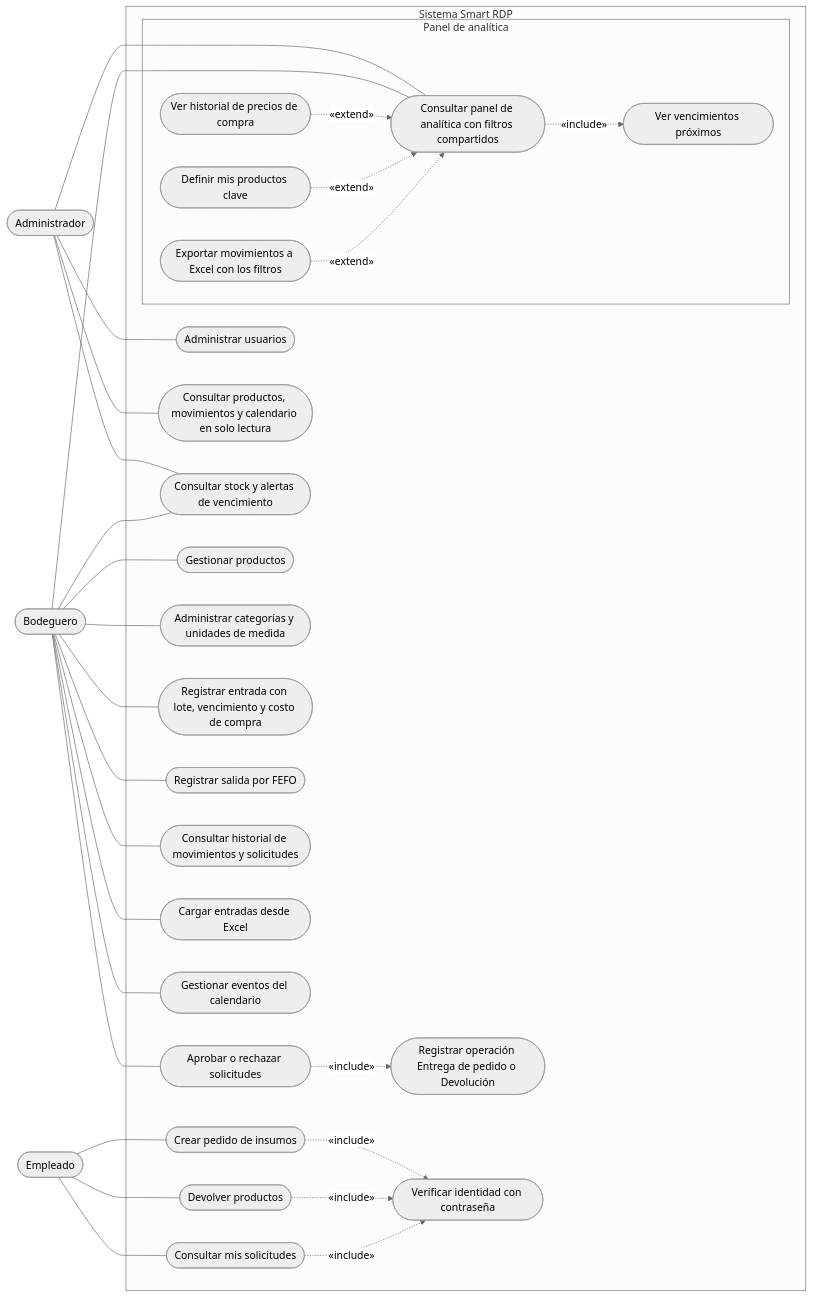
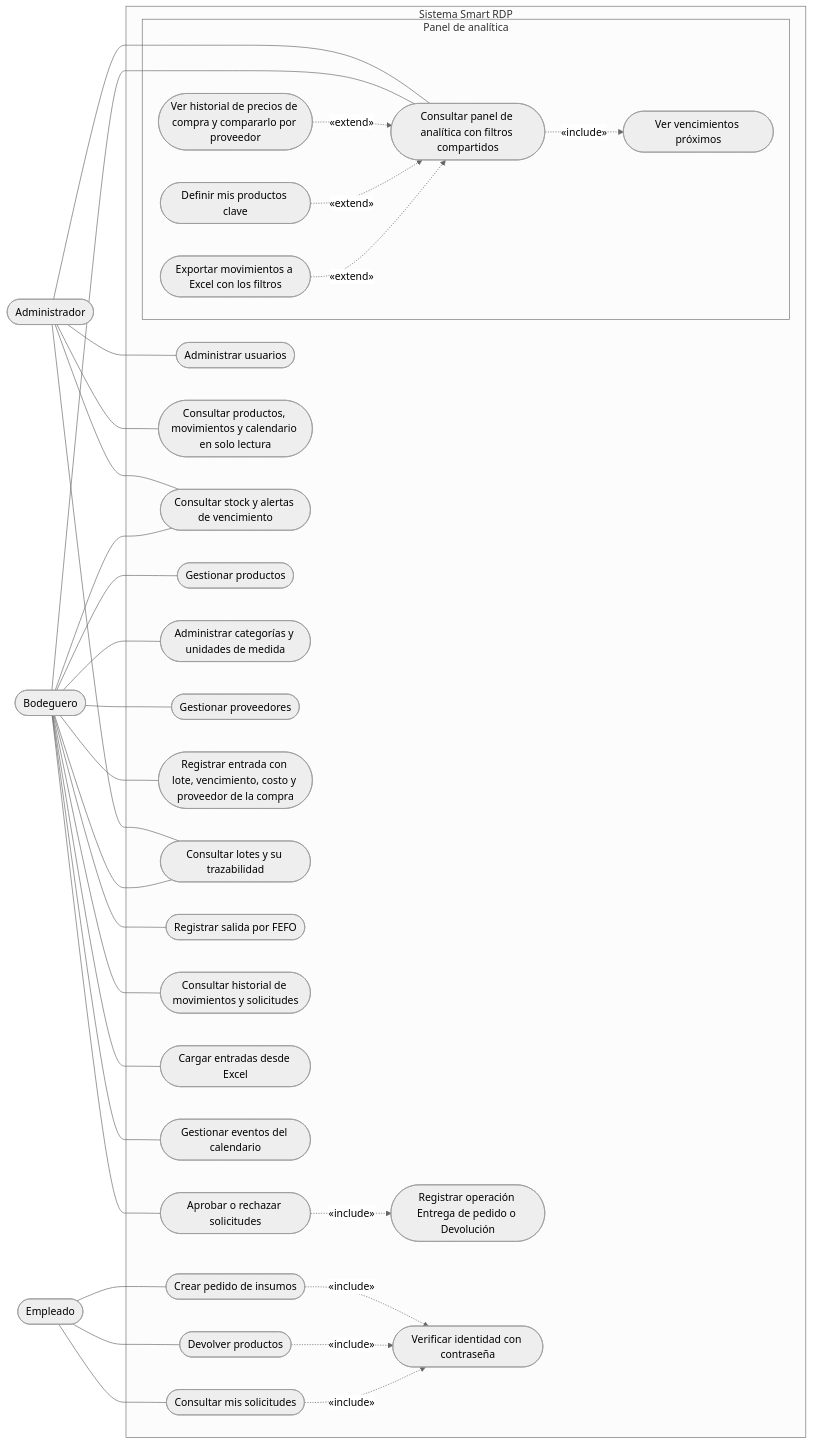
The first of 6 diagrams in FASE 2/EVIDENCIAS PROYECTO/EVIDENCIAS DE DOCUMENTACIÓN/08-DIAGRAMAS-UML.md (ezequielesq/SAN-BERNARDO-MALLEN-GONZALEZ-PTY4614-002D-EQUIPO-3), drawn with Mermaid (neutral theme) before and after one commit. The commit also changed other lines of this file and 6 other files, not shown here.

Commit message:
docs(modelo): proveedores, lotes.proveedor_id y diagramas actualizados (iteración 6)

````diff
--- a/FASE 2/EVIDENCIAS PROYECTO/EVIDENCIAS DE DOCUMENTACIÓN/08-DIAGRAMAS-UML.md
+++ b/FASE 2/EVIDENCIAS PROYECTO/EVIDENCIAS DE DOCUMENTACIÓN/08-DIAGRAMAS-UML.md
@@ -27,69 +29,74 @@
 ```mermaid
 flowchart LR
     adm(["Administrador"])
     bod(["Bodeguero"])
     emp(["Empleado"])
 
     subgraph SIS["Sistema Smart RDP"]
         uc1(["Administrar usuarios"])
         uc17(["Consultar productos, movimientos y calendario en solo lectura"])
         uc7(["Consultar stock y alertas de vencimiento"])
         uc3(["Gestionar productos"])
         uc4(["Administrar categorías y unidades de medida"])
-        uc5(["Registrar entrada con lote, vencimiento y costo de compra"])
+        uc22(["Gestionar proveedores"])
+        uc5(["Registrar entrada con lote, vencimiento, costo y proveedor de la compra"])
+        uc23(["Consultar lotes y su trazabilidad"])
         uc6(["Registrar salida por FEFO"])
         uc8(["Aprobar o rechazar solicitudes"])
         uc9(["Consultar historial de movimientos y solicitudes"])
         uc10(["Crear pedido de insumos"])
         uc11(["Devolver productos"])
         uc12(["Consultar mis solicitudes"])
         uc13(["Registrar operación Entrega de pedido o Devolución"])
         uc14(["Verificar identidad con contraseña"])
         uc15(["Cargar entradas desde Excel"])
         uc16(["Gestionar eventos del calendario"])
         subgraph PAN["Panel de analítica"]
             uc2(["Consultar panel de analítica con filtros compartidos"])
             uc18(["Ver vencimientos próximos"])
-            uc19(["Ver historial de precios de compra"])
+            uc19(["Ver historial de precios de compra y compararlo por proveedor"])
             uc20(["Definir mis productos clave"])
             uc21(["Exportar movimientos a Excel con los filtros"])
         end
     end
 
     adm --- uc1
     adm --- uc17
     adm --- uc2
     adm --- uc7
+    adm --- uc23
 
     bod --- uc2
     bod --- uc7
     bod --- uc3
     bod --- uc4
+    bod --- uc22
+    bod --- uc23
     bod --- uc5
     bod --- uc6
     bod --- uc8
     bod --- uc9
     bod --- uc15
     bod --- uc16
 
     emp --- uc10
     emp --- uc11
     emp --- uc12
 
     uc8 -.->|"«include»"| uc13
     uc10 -.->|"«include»"| uc14
     uc11 -.->|"«include»"| uc14
     uc12 -.->|"«include»"| uc14
     uc2 -.->|"«include»"| uc18
     %% Enlaces invisibles (~~~): solo ordenan el dibujo, no son relaciones UML.
     adm ~~~ uc19
     adm ~~~ uc20
     adm ~~~ uc21
     bod ~~~ uc19
     bod ~~~ uc20
     bod ~~~ uc21
     emp ~~~ uc21
     uc19 -.->|"«extend»"| uc2
     uc20 -.->|"«extend»"| uc2
     uc21 -.->|"«extend»"| uc2
 ```
````
